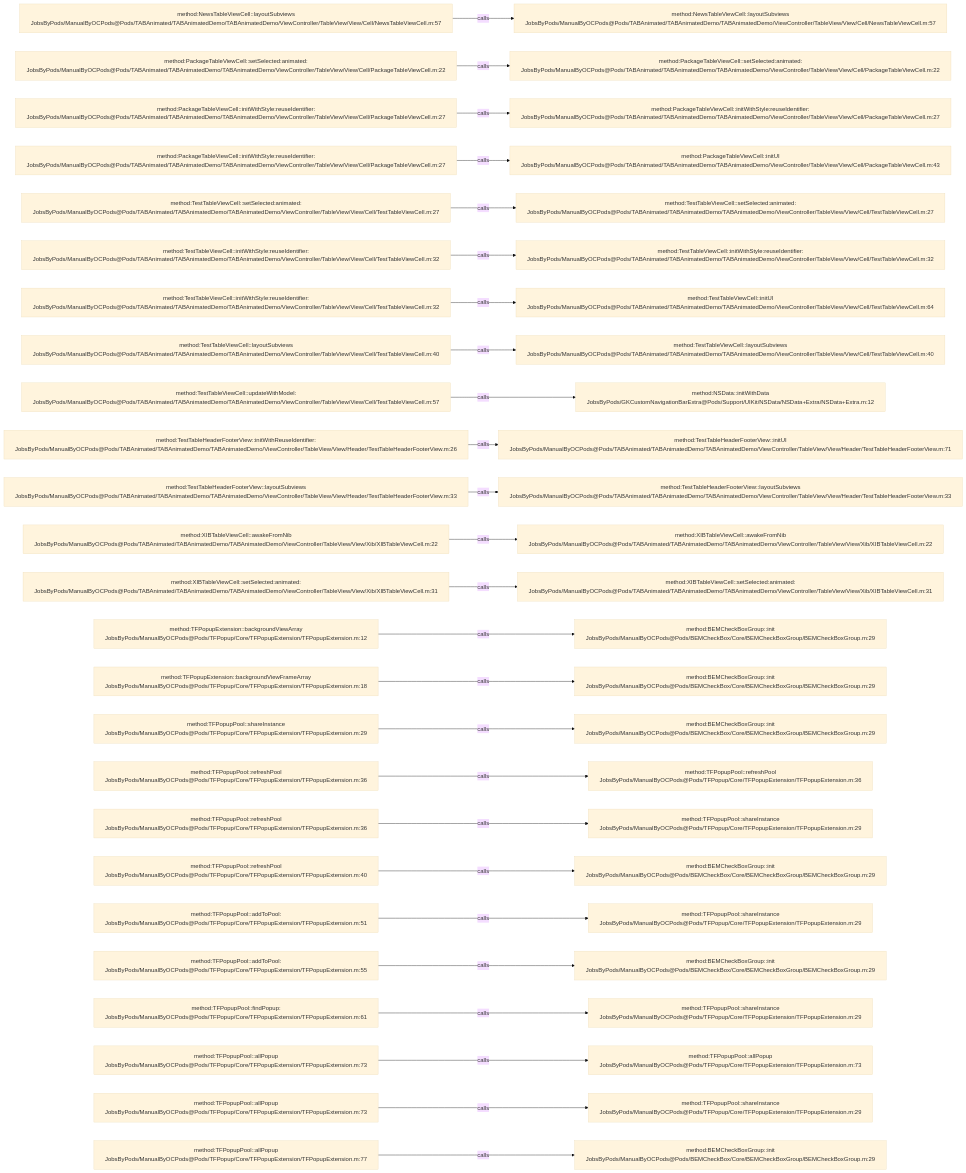
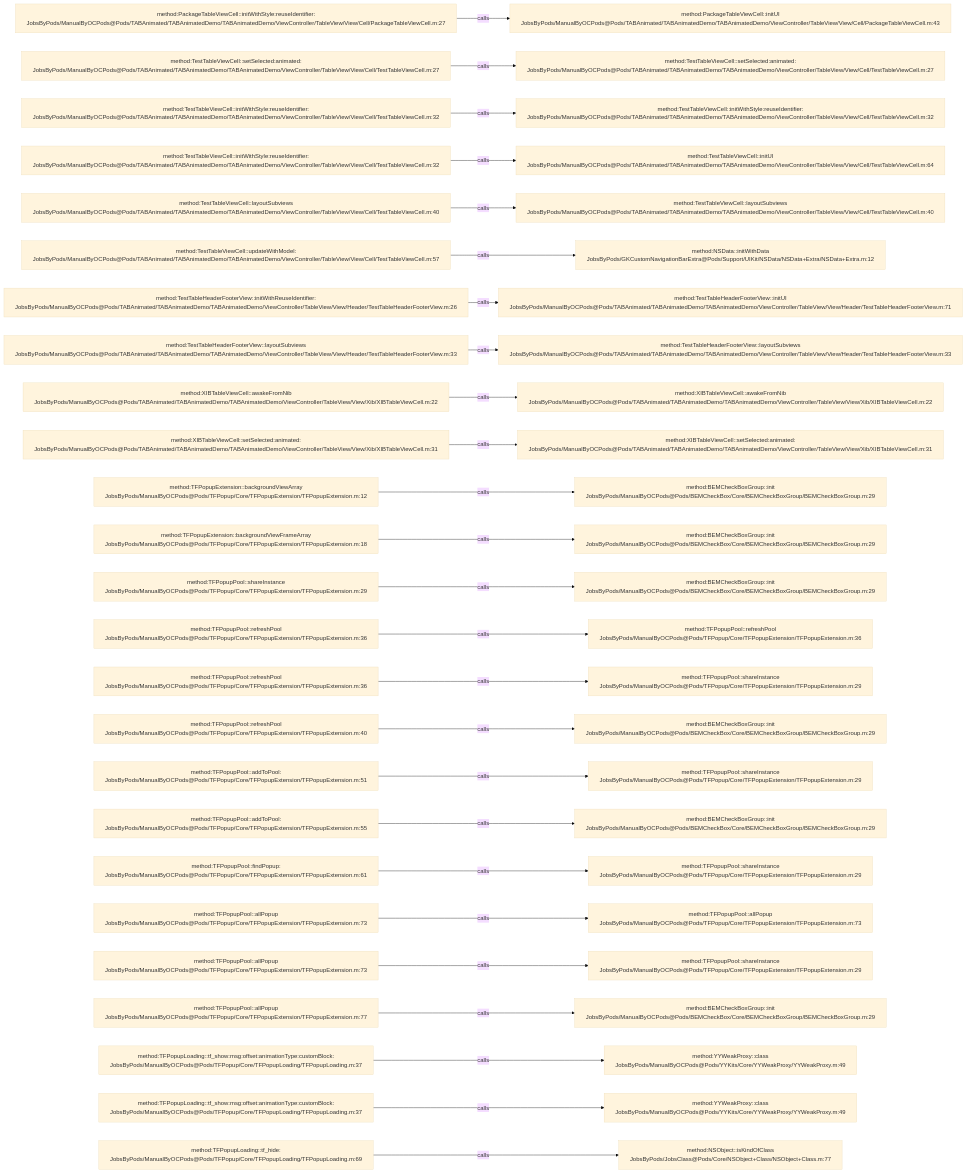
One commit to JobsKits/JobsOCBaseConfigDemo changed the diagram in .codegraph/codegraph.md/graphs/calls-070.md. Above: the diagram before and after it, drawn with Mermaid (base theme). The commit also changed 342 other files, not shown here.

````diff
--- a/.codegraph/codegraph.md/graphs/calls-070.md
+++ b/.codegraph/codegraph.md/graphs/calls-070.md
@@ -13,78 +13,78 @@
 ```mermaid
 flowchart LR
-  S1["method:NewsTableViewCell::layoutSubviews<br/>JobsByPods/ManualByOCPods@Pods/TABAnimated/TABAnimatedDemo/TABAnimatedDemo/ViewController/TableView/View/Cell/NewsTableViewCell.m:57"]
-  T1["method:NewsTableViewCell::layoutSubviews<br/>JobsByPods/ManualByOCPods@Pods/TABAnimated/TABAnimatedDemo/TABAnimatedDemo/ViewController/TableView/View/Cell/NewsTableViewCell.m:57"]
+  S1["method:PackageTableViewCell::initWithStyle:reuseIdentifier:<br/>JobsByPods/ManualByOCPods@Pods/TABAnimated/TABAnimatedDemo/TABAnimatedDemo/ViewController/TableView/View/Cell/PackageTableViewCell.m:27"]
+  T1["method:PackageTableViewCell::initUI<br/>JobsByPods/ManualByOCPods@Pods/TABAnimated/TABAnimatedDemo/TABAnimatedDemo/ViewController/TableView/View/Cell/PackageTableViewCell.m:43"]
   S1 -->|calls| T1
-  S2["method:PackageTableViewCell::setSelected:animated:<br/>JobsByPods/ManualByOCPods@Pods/TABAnimated/TABAnimatedDemo/TABAnimatedDemo/ViewController/TableView/View/Cell/PackageTableViewCell.m:22"]
-  T2["method:PackageTableViewCell::setSelected:animated:<br/>JobsByPods/ManualByOCPods@Pods/TABAnimated/TABAnimatedDemo/TABAnimatedDemo/ViewController/TableView/View/Cell/PackageTableViewCell.m:22"]
+  S2["method:TestTableViewCell::setSelected:animated:<br/>JobsByPods/ManualByOCPods@Pods/TABAnimated/TABAnimatedDemo/TABAnimatedDemo/ViewController/TableView/View/Cell/TestTableViewCell.m:27"]
+  T2["method:TestTableViewCell::setSelected:animated:<br/>JobsByPods/ManualByOCPods@Pods/TABAnimated/TABAnimatedDemo/TABAnimatedDemo/ViewController/TableView/View/Cell/TestTableViewCell.m:27"]
   S2 -->|calls| T2
-  S3["method:PackageTableViewCell::initWithStyle:reuseIdentifier:<br/>JobsByPods/ManualByOCPods@Pods/TABAnimated/TABAnimatedDemo/TABAnimatedDemo/ViewController/TableView/View/Cell/PackageTableViewCell.m:27"]
-  T3["method:PackageTableViewCell::initWithStyle:reuseIdentifier:<br/>JobsByPods/ManualByOCPods@Pods/TABAnimated/TABAnimatedDemo/TABAnimatedDemo/ViewController/TableView/View/Cell/PackageTableViewCell.m:27"]
+  S3["method:TestTableViewCell::initWithStyle:reuseIdentifier:<br/>JobsByPods/ManualByOCPods@Pods/TABAnimated/TABAnimatedDemo/TABAnimatedDemo/ViewController/TableView/View/Cell/TestTableViewCell.m:32"]
+  T3["method:TestTableViewCell::initWithStyle:reuseIdentifier:<br/>JobsByPods/ManualByOCPods@Pods/TABAnimated/TABAnimatedDemo/TABAnimatedDemo/ViewController/TableView/View/Cell/TestTableViewCell.m:32"]
   S3 -->|calls| T3
-  S4["method:PackageTableViewCell::initWithStyle:reuseIdentifier:<br/>JobsByPods/ManualByOCPods@Pods/TABAnimated/TABAnimatedDemo/TABAnimatedDemo/ViewController/TableView/View/Cell/PackageTableViewCell.m:27"]
-  T4["method:PackageTableViewCell::initUI<br/>JobsByPods/ManualByOCPods@Pods/TABAnimated/TABAnimatedDemo/TABAnimatedDemo/ViewController/TableView/View/Cell/PackageTableViewCell.m:43"]
+  S4["method:TestTableViewCell::initWithStyle:reuseIdentifier:<br/>JobsByPods/ManualByOCPods@Pods/TABAnimated/TABAnimatedDemo/TABAnimatedDemo/ViewController/TableView/View/Cell/TestTableViewCell.m:32"]
+  T4["method:TestTableViewCell::initUI<br/>JobsByPods/ManualByOCPods@Pods/TABAnimated/TABAnimatedDemo/TABAnimatedDemo/ViewController/TableView/View/Cell/TestTableViewCell.m:64"]
   S4 -->|calls| T4
-  S5["method:TestTableViewCell::setSelected:animated:<br/>JobsByPods/ManualByOCPods@Pods/TABAnimated/TABAnimatedDemo/TABAnimatedDemo/ViewController/TableView/View/Cell/TestTableViewCell.m:27"]
-  T5["method:TestTableViewCell::setSelected:animated:<br/>JobsByPods/ManualByOCPods@Pods/TABAnimated/TABAnimatedDemo/TABAnimatedDemo/ViewController/TableView/View/Cell/TestTableViewCell.m:27"]
+  S5["method:TestTableViewCell::layoutSubviews<br/>JobsByPods/ManualByOCPods@Pods/TABAnimated/TABAnimatedDemo/TABAnimatedDemo/ViewController/TableView/View/Cell/TestTableViewCell.m:40"]
+  T5["method:TestTableViewCell::layoutSubviews<br/>JobsByPods/ManualByOCPods@Pods/TABAnimated/TABAnimatedDemo/TABAnimatedDemo/ViewController/TableView/View/Cell/TestTableViewCell.m:40"]
   S5 -->|calls| T5
-  S6["method:TestTableViewCell::initWithStyle:reuseIdentifier:<br/>JobsByPods/ManualByOCPods@Pods/TABAnimated/TABAnimatedDemo/TABAnimatedDemo/ViewController/TableView/View/Cell/TestTableViewCell.m:32"]
-  T6["method:TestTableViewCell::initWithStyle:reuseIdentifier:<br/>JobsByPods/ManualByOCPods@Pods/TABAnimated/TABAnimatedDemo/TABAnimatedDemo/ViewController/TableView/View/Cell/TestTableViewCell.m:32"]
+  S6["method:TestTableViewCell::updateWithModel:<br/>JobsByPods/ManualByOCPods@Pods/TABAnimated/TABAnimatedDemo/TABAnimatedDemo/ViewController/TableView/View/Cell/TestTableViewCell.m:57"]
+  T6["method:NSData::initWithData<br/>JobsByPods/GKCustomNavigationBarExtra@Pods/Support/UIKit/NSData/NSData+Extra/NSData+Extra.m:12"]
   S6 -->|calls| T6
-  S7["method:TestTableViewCell::initWithStyle:reuseIdentifier:<br/>JobsByPods/ManualByOCPods@Pods/TABAnimated/TABAnimatedDemo/TABAnimatedDemo/ViewController/TableView/View/Cell/TestTableViewCell.m:32"]
-  T7["method:TestTableViewCell::initUI<br/>JobsByPods/ManualByOCPods@Pods/TABAnimated/TABAnimatedDemo/TABAnimatedDemo/ViewController/TableView/View/Cell/TestTableViewCell.m:64"]
+  S7["method:TestTableHeaderFooterView::initWithReuseIdentifier:<br/>JobsByPods/ManualByOCPods@Pods/TABAnimated/TABAnimatedDemo/TABAnimatedDemo/ViewController/TableView/View/Header/TestTableHeaderFooterView.m:26"]
+  T7["method:TestTableHeaderFooterView::initUI<br/>JobsByPods/ManualByOCPods@Pods/TABAnimated/TABAnimatedDemo/TABAnimatedDemo/ViewController/TableView/View/Header/TestTableHeaderFooterView.m:71"]
   S7 -->|calls| T7
-  S8["method:TestTableViewCell::layoutSubviews<br/>JobsByPods/ManualByOCPods@Pods/TABAnimated/TABAnimatedDemo/TABAnimatedDemo/ViewController/TableView/View/Cell/TestTableViewCell.m:40"]
-  T8["method:TestTableViewCell::layoutSubviews<br/>JobsByPods/ManualByOCPods@Pods/TABAnimated/TABAnimatedDemo/TABAnimatedDemo/ViewController/TableView/View/Cell/TestTableViewCell.m:40"]
+  S8["method:TestTableHeaderFooterView::layoutSubviews<br/>JobsByPods/ManualByOCPods@Pods/TABAnimated/TABAnimatedDemo/TABAnimatedDemo/ViewController/TableView/View/Header/TestTableHeaderFooterView.m:33"]
+  T8["method:TestTableHeaderFooterView::layoutSubviews<br/>JobsByPods/ManualByOCPods@Pods/TABAnimated/TABAnimatedDemo/TABAnimatedDemo/ViewController/TableView/View/Header/TestTableHeaderFooterView.m:33"]
   S8 -->|calls| T8
-  S9["method:TestTableViewCell::updateWithModel:<br/>JobsByPods/ManualByOCPods@Pods/TABAnimated/TABAnimatedDemo/TABAnimatedDemo/ViewController/TableView/View/Cell/TestTableViewCell.m:57"]
-  T9["method:NSData::initWithData<br/>JobsByPods/GKCustomNavigationBarExtra@Pods/Support/UIKit/NSData/NSData+Extra/NSData+Extra.m:12"]
+  S9["method:XIBTableViewCell::awakeFromNib<br/>JobsByPods/ManualByOCPods@Pods/TABAnimated/TABAnimatedDemo/TABAnimatedDemo/ViewController/TableView/View/Xib/XIBTableViewCell.m:22"]
+  T9["method:XIBTableViewCell::awakeFromNib<br/>JobsByPods/ManualByOCPods@Pods/TABAnimated/TABAnimatedDemo/TABAnimatedDemo/ViewController/TableView/View/Xib/XIBTableViewCell.m:22"]
   S9 -->|calls| T9
-  S10["method:TestTableHeaderFooterView::initWithReuseIdentifier:<br/>JobsByPods/ManualByOCPods@Pods/TABAnimated/TABAnimatedDemo/TABAnimatedDemo/ViewController/TableView/View/Header/TestTableHeaderFooterView.m:26"]
-  T10["method:TestTableHeaderFooterView::initUI<br/>JobsByPods/ManualByOCPods@Pods/TABAnimated/TABAnimatedDemo/TABAnimatedDemo/ViewController/TableView/View/Header/TestTableHeaderFooterView.m:71"]
+  S10["method:XIBTableViewCell::setSelected:animated:<br/>JobsByPods/ManualByOCPods@Pods/TABAnimated/TABAnimatedDemo/TABAnimatedDemo/ViewController/TableView/View/Xib/XIBTableViewCell.m:31"]
+  T10["method:XIBTableViewCell::setSelected:animated:<br/>JobsByPods/ManualByOCPods@Pods/TABAnimated/TABAnimatedDemo/TABAnimatedDemo/ViewController/TableView/View/Xib/XIBTableViewCell.m:31"]
   S10 -->|calls| T10
-  S11["method:TestTableHeaderFooterView::layoutSubviews<br/>JobsByPods/ManualByOCPods@Pods/TABAnimated/TABAnimatedDemo/TABAnimatedDemo/ViewController/TableView/View/Header/TestTableHeaderFooterView.m:33"]
-  T11["method:TestTableHeaderFooterView::layoutSubviews<br/>JobsByPods/ManualByOCPods@Pods/TABAnimated/TABAnimatedDemo/TABAnimatedDemo/ViewController/TableView/View/Header/TestTableHeaderFooterView.m:33"]
+  S11["method:TFPopupExtension::backgroundViewArray<br/>JobsByPods/ManualByOCPods@Pods/TFPopup/Core/TFPopupExtension/TFPopupExtension.m:12"]
+  T11["method:BEMCheckBoxGroup::init<br/>JobsByPods/ManualByOCPods@Pods/BEMCheckBox/Core/BEMCheckBoxGroup/BEMCheckBoxGroup.m:29"]
   S11 -->|calls| T11
-  S12["method:XIBTableViewCell::awakeFromNib<br/>JobsByPods/ManualByOCPods@Pods/TABAnimated/TABAnimatedDemo/TABAnimatedDemo/ViewController/TableView/View/Xib/XIBTableViewCell.m:22"]
-  T12["method:XIBTableViewCell::awakeFromNib<br/>JobsByPods/ManualByOCPods@Pods/TABAnimated/TABAnimatedDemo/TABAnimatedDemo/ViewController/TableView/View/Xib/XIBTableViewCell.m:22"]
+  S12["method:TFPopupExtension::backgroundViewFrameArray<br/>JobsByPods/ManualByOCPods@Pods/TFPopup/Core/TFPopupExtension/TFPopupExtension.m:18"]
+  T12["method:BEMCheckBoxGroup::init<br/>JobsByPods/ManualByOCPods@Pods/BEMCheckBox/Core/BEMCheckBoxGroup/BEMCheckBoxGroup.m:29"]
   S12 -->|calls| T12
-  S13["method:XIBTableViewCell::setSelected:animated:<br/>JobsByPods/ManualByOCPods@Pods/TABAnimated/TABAnimatedDemo/TABAnimatedDemo/ViewController/TableView/View/Xib/XIBTableViewCell.m:31"]
-  T13["method:XIBTableViewCell::setSelected:animated:<br/>JobsByPods/ManualByOCPods@Pods/TABAnimated/TABAnimatedDemo/TABAnimatedDemo/ViewController/TableView/View/Xib/XIBTableViewCell.m:31"]
+  S13["method:TFPopupPool::shareInstance<br/>JobsByPods/ManualByOCPods@Pods/TFPopup/Core/TFPopupExtension/TFPopupExtension.m:29"]
+  T13["method:BEMCheckBoxGroup::init<br/>JobsByPods/ManualByOCPods@Pods/BEMCheckBox/Core/BEMCheckBoxGroup/BEMCheckBoxGroup.m:29"]
   S13 -->|calls| T13
-  S14["method:TFPopupExtension::backgroundViewArray<br/>JobsByPods/ManualByOCPods@Pods/TFPopup/Core/TFPopupExtension/TFPopupExtension.m:12"]
-  T14["method:BEMCheckBoxGroup::init<br/>JobsByPods/ManualByOCPods@Pods/BEMCheckBox/Core/BEMCheckBoxGroup/BEMCheckBoxGroup.m:29"]
+  S14["method:TFPopupPool::refreshPool<br/>JobsByPods/ManualByOCPods@Pods/TFPopup/Core/TFPopupExtension/TFPopupExtension.m:36"]
+  T14["method:TFPopupPool::refreshPool<br/>JobsByPods/ManualByOCPods@Pods/TFPopup/Core/TFPopupExtension/TFPopupExtension.m:36"]
   S14 -->|calls| T14
-  S15["method:TFPopupExtension::backgroundViewFrameArray<br/>JobsByPods/ManualByOCPods@Pods/TFPopup/Core/TFPopupExtension/TFPopupExtension.m:18"]
-  T15["method:BEMCheckBoxGroup::init<br/>JobsByPods/ManualByOCPods@Pods/BEMCheckBox/Core/BEMCheckBoxGroup/BEMCheckBoxGroup.m:29"]
+  S15["method:TFPopupPool::refreshPool<br/>JobsByPods/ManualByOCPods@Pods/TFPopup/Core/TFPopupExtension/TFPopupExtension.m:36"]
+  T15["method:TFPopupPool::shareInstance<br/>JobsByPods/ManualByOCPods@Pods/TFPopup/Core/TFPopupExtension/TFPopupExtension.m:29"]
   S15 -->|calls| T15
-  S16["method:TFPopupPool::shareInstance<br/>JobsByPods/ManualByOCPods@Pods/TFPopup/Core/TFPopupExtension/TFPopupExtension.m:29"]
+  S16["method:TFPopupPool::refreshPool<br/>JobsByPods/ManualByOCPods@Pods/TFPopup/Core/TFPopupExtension/TFPopupExtension.m:40"]
   T16["method:BEMCheckBoxGroup::init<br/>JobsByPods/ManualByOCPods@Pods/BEMCheckBox/Core/BEMCheckBoxGroup/BEMCheckBoxGroup.m:29"]
   S16 -->|calls| T16
-  S17["method:TFPopupPool::refreshPool<br/>JobsByPods/ManualByOCPods@Pods/TFPopup/Core/TFPopupExtension/TFPopupExtension.m:36"]
-  T17["method:TFPopupPool::refreshPool<br/>JobsByPods/ManualByOCPods@Pods/TFPopup/Core/TFPopupExtension/TFPopupExtension.m:36"]
+  S17["method:TFPopupPool::addToPool:<br/>JobsByPods/ManualByOCPods@Pods/TFPopup/Core/TFPopupExtension/TFPopupExtension.m:51"]
+  T17["method:TFPopupPool::shareInstance<br/>JobsByPods/ManualByOCPods@Pods/TFPopup/Core/TFPopupExtension/TFPopupExtension.m:29"]
   S17 -->|calls| T17
-  S18["method:TFPopupPool::refreshPool<br/>JobsByPods/ManualByOCPods@Pods/TFPopup/Core/TFPopupExtension/TFPopupExtension.m:36"]
-  T18["method:TFPopupPool::shareInstance<br/>JobsByPods/ManualByOCPods@Pods/TFPopup/Core/TFPopupExtension/TFPopupExtension.m:29"]
+  S18["method:TFPopupPool::addToPool:<br/>JobsByPods/ManualByOCPods@Pods/TFPopup/Core/TFPopupExtension/TFPopupExtension.m:55"]
+  T18["method:BEMCheckBoxGroup::init<br/>JobsByPods/ManualByOCPods@Pods/BEMCheckBox/Core/BEMCheckBoxGroup/BEMCheckBoxGroup.m:29"]
   S18 -->|calls| T18
-  S19["method:TFPopupPool::refreshPool<br/>JobsByPods/ManualByOCPods@Pods/TFPopup/Core/TFPopupExtension/TFPopupExtension.m:40"]
-  T19["method:BEMCheckBoxGroup::init<br/>JobsByPods/ManualByOCPods@Pods/BEMCheckBox/Core/BEMCheckBoxGroup/BEMCheckBoxGroup.m:29"]
+  S19["method:TFPopupPool::findPopup:<br/>JobsByPods/ManualByOCPods@Pods/TFPopup/Core/TFPopupExtension/TFPopupExtension.m:61"]
+  T19["method:TFPopupPool::shareInstance<br/>JobsByPods/ManualByOCPods@Pods/TFPopup/Core/TFPopupExtension/TFPopupExtension.m:29"]
   S19 -->|calls| T19
-  S20["method:TFPopupPool::addToPool:<br/>JobsByPods/ManualByOCPods@Pods/TFPopup/Core/TFPopupExtension/TFPopupExtension.m:51"]
-  T20["method:TFPopupPool::shareInstance<br/>JobsByPods/ManualByOCPods@Pods/TFPopup/Core/TFPopupExtension/TFPopupExtension.m:29"]
+  S20["method:TFPopupPool::allPopup<br/>JobsByPods/ManualByOCPods@Pods/TFPopup/Core/TFPopupExtension/TFPopupExtension.m:73"]
+  T20["method:TFPopupPool::allPopup<br/>JobsByPods/ManualByOCPods@Pods/TFPopup/Core/TFPopupExtension/TFPopupExtension.m:73"]
   S20 -->|calls| T20
-  S21["method:TFPopupPool::addToPool:<br/>JobsByPods/ManualByOCPods@Pods/TFPopup/Core/TFPopupExtension/TFPopupExtension.m:55"]
-  T21["method:BEMCheckBoxGroup::init<br/>JobsByPods/ManualByOCPods@Pods/BEMCheckBox/Core/BEMCheckBoxGroup/BEMCheckBoxGroup.m:29"]
+  S21["method:TFPopupPool::allPopup<br/>JobsByPods/ManualByOCPods@Pods/TFPopup/Core/TFPopupExtension/TFPopupExtension.m:73"]
+  T21["method:TFPopupPool::shareInstance<br/>JobsByPods/ManualByOCPods@Pods/TFPopup/Core/TFPopupExtension/TFPopupExtension.m:29"]
   S21 -->|calls| T21
-  S22["method:TFPopupPool::findPopup:<br/>JobsByPods/ManualByOCPods@Pods/TFPopup/Core/TFPopupExtension/TFPopupExtension.m:61"]
-  T22["method:TFPopupPool::shareInstance<br/>JobsByPods/ManualByOCPods@Pods/TFPopup/Core/TFPopupExtension/TFPopupExtension.m:29"]
+  S22["method:TFPopupPool::allPopup<br/>JobsByPods/ManualByOCPods@Pods/TFPopup/Core/TFPopupExtension/TFPopupExtension.m:77"]
+  T22["method:BEMCheckBoxGroup::init<br/>JobsByPods/ManualByOCPods@Pods/BEMCheckBox/Core/BEMCheckBoxGroup/BEMCheckBoxGroup.m:29"]
   S22 -->|calls| T22
-  S23["method:TFPopupPool::allPopup<br/>JobsByPods/ManualByOCPods@Pods/TFPopup/Core/TFPopupExtension/TFPopupExtension.m:73"]
-  T23["method:TFPopupPool::allPopup<br/>JobsByPods/ManualByOCPods@Pods/TFPopup/Core/TFPopupExtension/TFPopupExtension.m:73"]
+  S23["method:TFPopupLoading::tf_show:msg:offset:animationType:customBlock:<br/>JobsByPods/ManualByOCPods@Pods/TFPopup/Core/TFPopupLoading/TFPopupLoading.m:37"]
+  T23["method:YYWeakProxy::class<br/>JobsByPods/ManualByOCPods@Pods/YYKits/Core/YYWeakProxy/YYWeakProxy.m:49"]
   S23 -->|calls| T23
-  S24["method:TFPopupPool::allPopup<br/>JobsByPods/ManualByOCPods@Pods/TFPopup/Core/TFPopupExtension/TFPopupExtension.m:73"]
-  T24["method:TFPopupPool::shareInstance<br/>JobsByPods/ManualByOCPods@Pods/TFPopup/Core/TFPopupExtension/TFPopupExtension.m:29"]
+  S24["method:TFPopupLoading::tf_show:msg:offset:animationType:customBlock:<br/>JobsByPods/ManualByOCPods@Pods/TFPopup/Core/TFPopupLoading/TFPopupLoading.m:37"]
+  T24["method:YYWeakProxy::class<br/>JobsByPods/ManualByOCPods@Pods/YYKits/Core/YYWeakProxy/YYWeakProxy.m:49"]
   S24 -->|calls| T24
-  S25["method:TFPopupPool::allPopup<br/>JobsByPods/ManualByOCPods@Pods/TFPopup/Core/TFPopupExtension/TFPopupExtension.m:77"]
-  T25["method:BEMCheckBoxGroup::init<br/>JobsByPods/ManualByOCPods@Pods/BEMCheckBox/Core/BEMCheckBoxGroup/BEMCheckBoxGroup.m:29"]
+  S25["method:TFPopupLoading::tf_hide:<br/>JobsByPods/ManualByOCPods@Pods/TFPopup/Core/TFPopupLoading/TFPopupLoading.m:69"]
+  T25["method:NSObject::isKindOfClass<br/>JobsByPods/JobsClass@Pods/Core/NSObject+Class/NSObject+Class.m:77"]
   S25 -->|calls| T25
 ```
````
